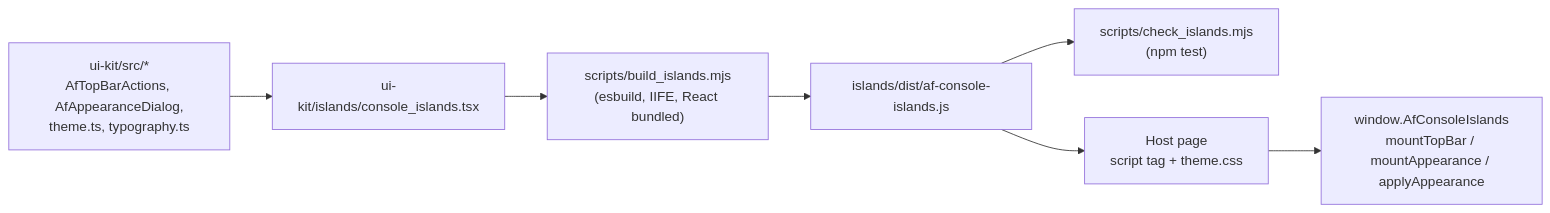
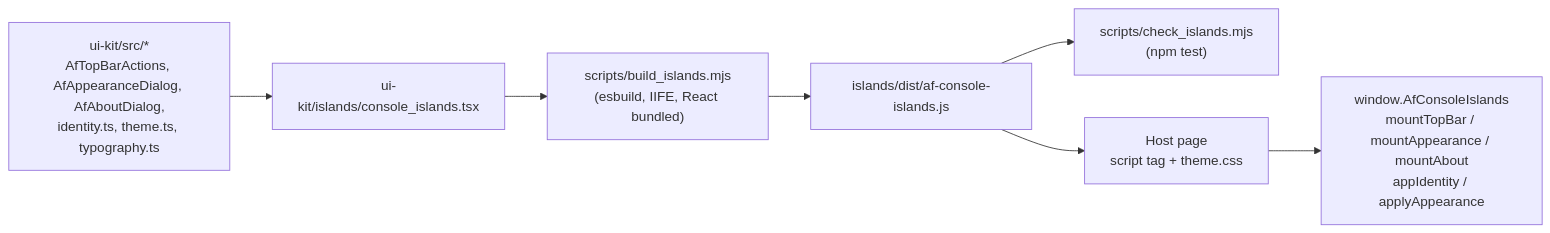
The seventh of 7 diagrams in docs/architecture.md (lpalbou/AbstractUIC), drawn with Mermaid before and after one commit. The commit also changed other lines of this file and 13 other files, not shown here.

````diff
--- a/docs/architecture.md
+++ b/docs/architecture.md
@@ -192,14 +266,14 @@
 ```mermaid
 flowchart LR
-  SRC["ui-kit/src/*<br/>AfTopBarActions, AfAppearanceDialog,<br/>theme.ts, typography.ts"]
+  SRC["ui-kit/src/*<br/>AfTopBarActions, AfAppearanceDialog, AfAboutDialog,<br/>identity.ts, theme.ts, typography.ts"]
   ENTRY["ui-kit/islands/console_islands.tsx"]
   BUILD["scripts/build_islands.mjs<br/>(esbuild, IIFE, React bundled)"]
   OUT["islands/dist/af-console-islands.js"]
   CHECK["scripts/check_islands.mjs<br/>(npm test)"]
   PAGE["Host page<br/>script tag + theme.css"]
-  API["window.AfConsoleIslands<br/>mountTopBar / mountAppearance / applyAppearance"]
+  API["window.AfConsoleIslands<br/>mountTopBar / mountAppearance / mountAbout<br/>appIdentity / applyAppearance"]
 
   SRC --> ENTRY --> BUILD --> OUT
   OUT --> CHECK
   OUT --> PAGE --> API
 ```
````
